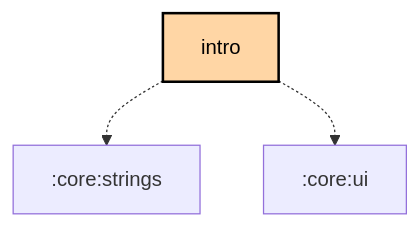
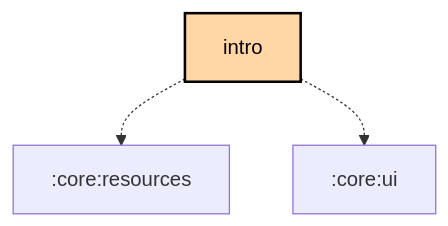
Before and after one commit to meshtastic/Meshtastic-Android: the diagram in feature/intro/README.md, drawn with Mermaid. The commit also changed 321 other files, not shown here.

````diff
--- a/feature/intro/README.md
+++ b/feature/intro/README.md
@@ -20,17 +20,17 @@
 ```mermaid
 graph TB
   :feature:intro[intro]:::android-feature
-  :feature:intro -.-> :core:strings
+  :feature:intro -.-> :core:resources
   :feature:intro -.-> :core:ui
 
 classDef android-application fill:#CAFFBF,stroke:#000,stroke-width:2px,color:#000;
 classDef android-application-compose fill:#CAFFBF,stroke:#000,stroke-width:2px,color:#000;
 classDef android-feature fill:#FFD6A5,stroke:#000,stroke-width:2px,color:#000;
 classDef android-library fill:#9BF6FF,stroke:#000,stroke-width:2px,color:#000;
 classDef android-library-compose fill:#9BF6FF,stroke:#000,stroke-width:2px,color:#000;
 classDef android-test fill:#A0C4FF,stroke:#000,stroke-width:2px,color:#000;
 classDef jvm-library fill:#BDB2FF,stroke:#000,stroke-width:2px,color:#000;
 classDef kmp-library fill:#FFC1CC,stroke:#000,stroke-width:2px,color:#000;
 classDef unknown fill:#FFADAD,stroke:#000,stroke-width:2px,color:#000;
 
 ```
````
